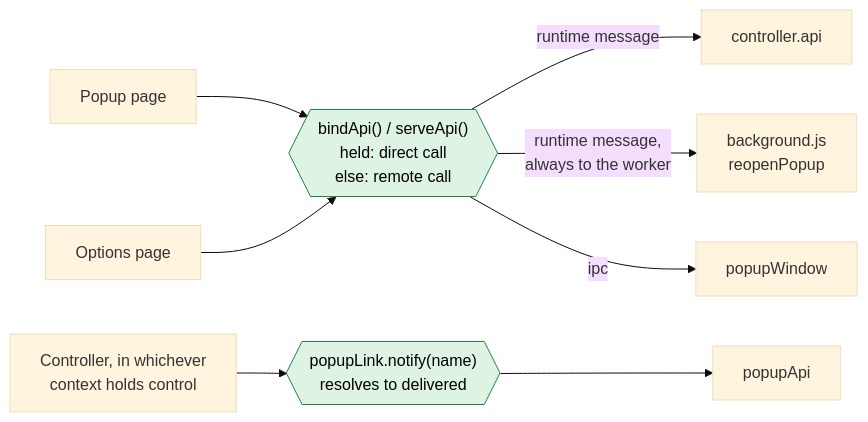
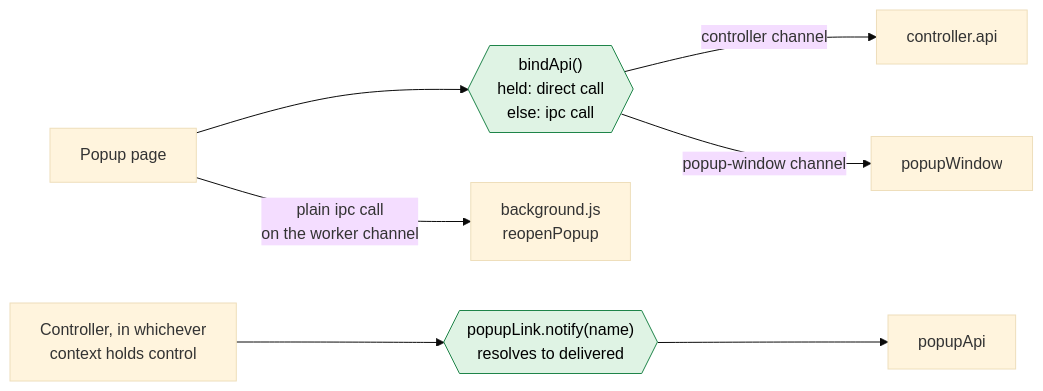
The second of 2 diagrams in controller-refactor-plan.md (fwextensions/QuicKey), drawn with Mermaid (base theme) before and after one commit. The commit also changed other lines of this file, not shown here.

First line of the commit message:
Update the controller plan for phase 4 and the move to ipc

````diff
--- a/controller-refactor-plan.md
+++ b/controller-refactor-plan.md
@@ -149,24 +180,22 @@
 ```mermaid
 flowchart LR
     APP["Popup page"]
-    OPT["Options page"]
     CTRL["Controller, in whichever<br/>context holds control"]
 
-    B{{"bindApi() / serveApi()<br/>held: direct call<br/>else: remote call"}}
+    B{{"bindApi()<br/>held: direct call<br/>else: ipc call"}}
     N{{"popupLink.notify(name)<br/>resolves to delivered"}}
 
     R1["controller.api"]
     R2["background.js<br/>reopenPopup"]
     R3["popupApi"]
     R4["popupWindow"]
 
     APP --> B
-    OPT --> B
-    B -- "runtime message" --> R1
-    B -- "runtime message,<br/>always to the worker" --> R2
-    B -- "ipc" --> R4
+    B -- "controller channel" --> R1
+    APP -- "plain ipc call<br/>on the worker channel" --> R2
+    B -- "popup-window channel" --> R4
     CTRL --> N --> R3
 
     classDef mechanism fill:#dff3e4,stroke:#1e8449,color:#000
     class B,N mechanism
 ```
````
